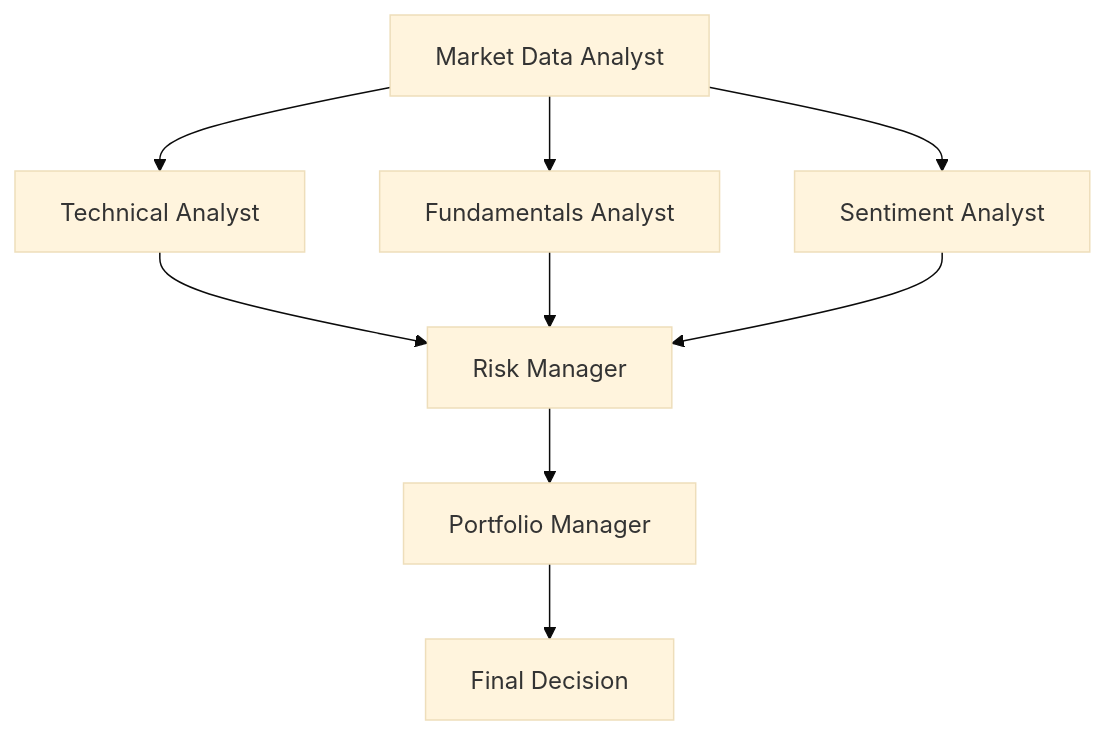
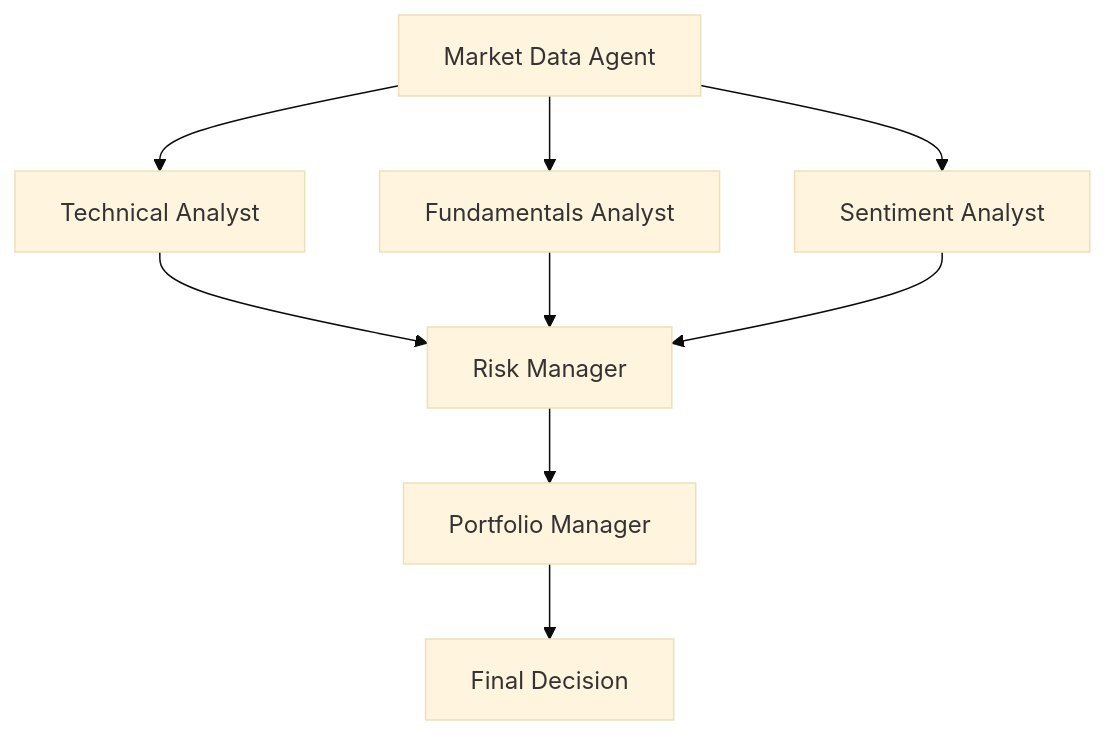
Before and after one commit to ZachZhang1016/Curveseries-AI-Development: the diagram in README.md, drawn with Mermaid (base theme).

````diff
--- a/README.md
+++ b/README.md
@@ -4,11 +4,11 @@
 ```mermaid
 graph TD
-    MD[Market Data Analyst] --> TA[Technical Analyst]
+    MD[Market Data Agent] --> TA[Technical Analyst]
     MD --> FA[Fundamentals Analyst]
     MD --> SA[Sentiment Analyst]
     TA --> RM[Risk Manager]
     FA --> RM
     SA --> RM
     RM --> PM[Portfolio Manager]
     PM --> Decision[Final Decision]
 ```
````
